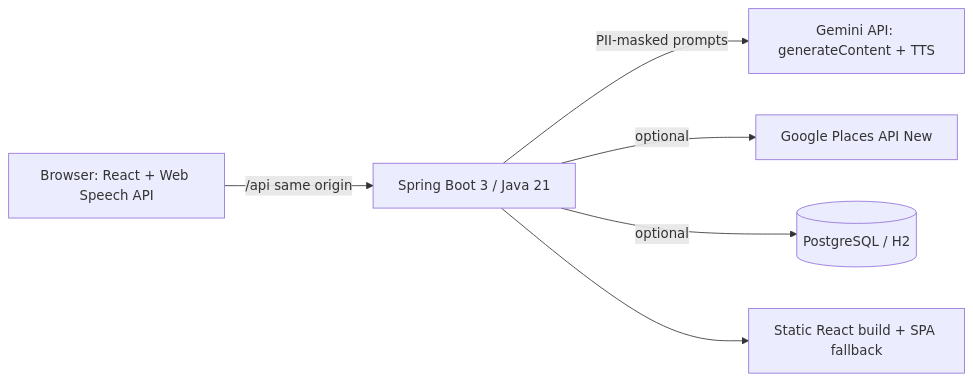
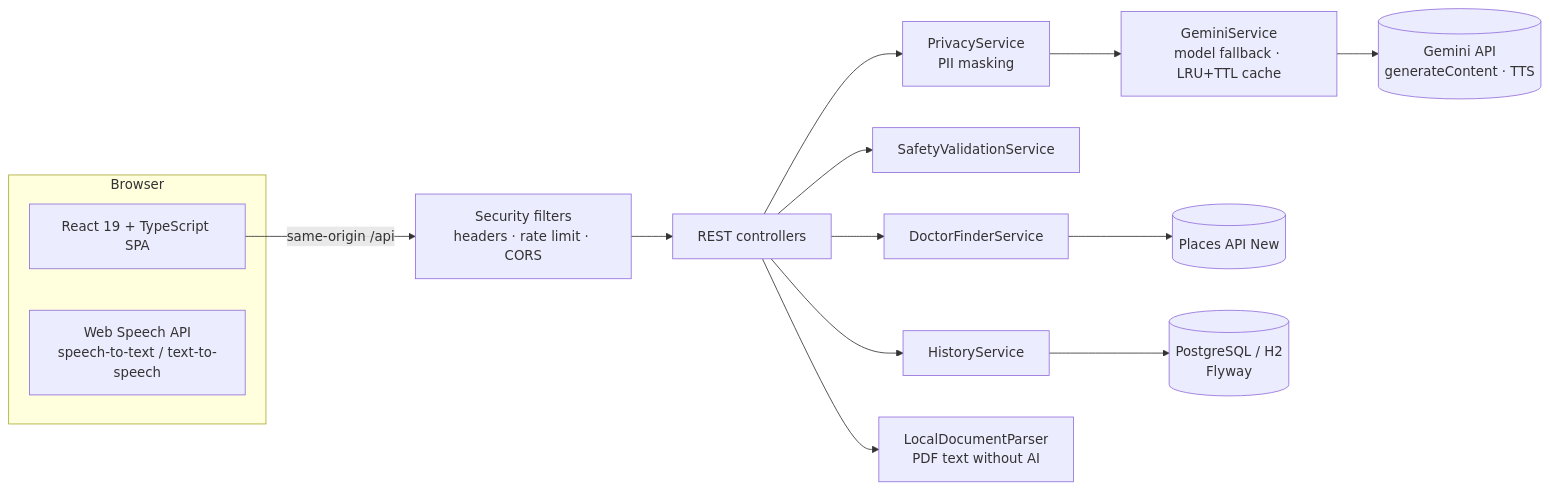
Before and after one commit to shrinidhigowda2010/arogyalens: the diagram in README.md, drawn with Mermaid. The commit also changed other lines of this file, not shown here.

Commit message:
docs: restructure README (architecture, stack, Google services, structure, setup, env vars, testing, deployment, security, accessibility)

````diff
--- a/README.md
+++ b/README.md
@@ -233,8 +52,16 @@
 ```mermaid
 flowchart LR
-  U[Browser: React + Web Speech API] -->|/api same origin| S[Spring Boot 3 / Java 21]
-  S -->|PII-masked prompts| G[Gemini API: generateContent + TTS]
-  S -->|optional| P[Google Places API New]
-  S -->|optional| DB[(PostgreSQL / H2)]
-  S --> F[Static React build + SPA fallback]
+  subgraph Browser
+    UI[React 19 + TypeScript SPA]
+    WS[Web Speech API<br/>speech-to-text / text-to-speech]
+  end
+  UI -->|same-origin /api| F[Security filters<br/>headers · rate limit · CORS]
+  F --> C[REST controllers]
+  C --> P[PrivacyService<br/>PII masking]
+  P --> G[GeminiService<br/>model fallback · LRU+TTL cache]
+  G --> GA[(Gemini API<br/>generateContent · TTS)]
+  C --> S[SafetyValidationService]
+  C --> D[DoctorFinderService] --> PL[(Places API New)]
+  C --> H[HistoryService] --> DB[(PostgreSQL / H2<br/>Flyway)]
+  C --> LP[LocalDocumentParser<br/>PDF text without AI]
 ```
````
